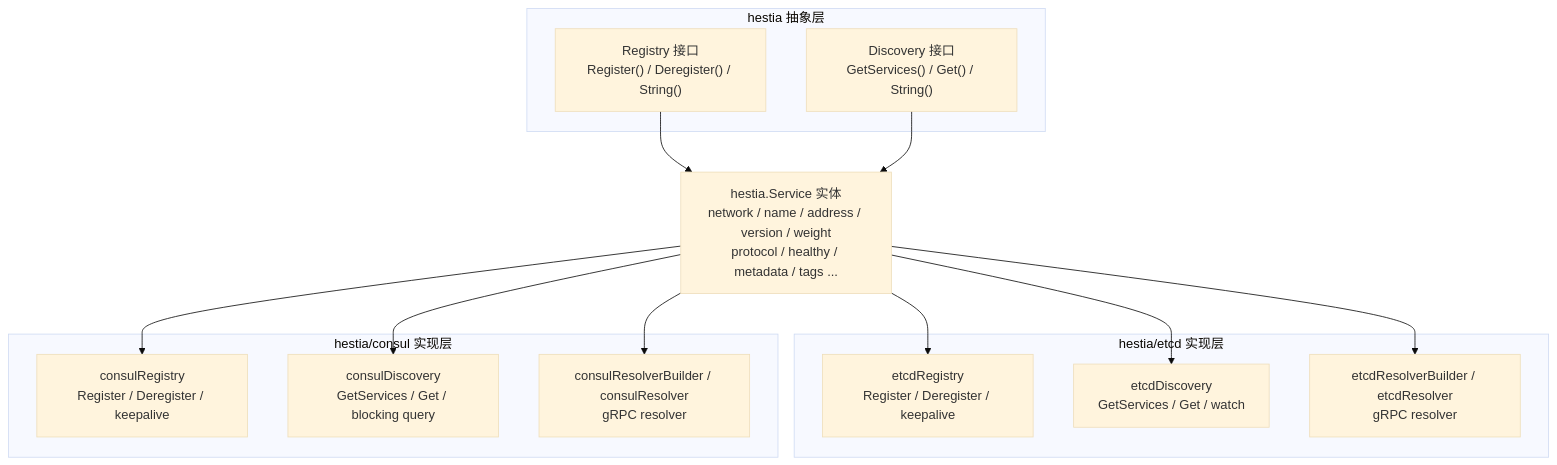
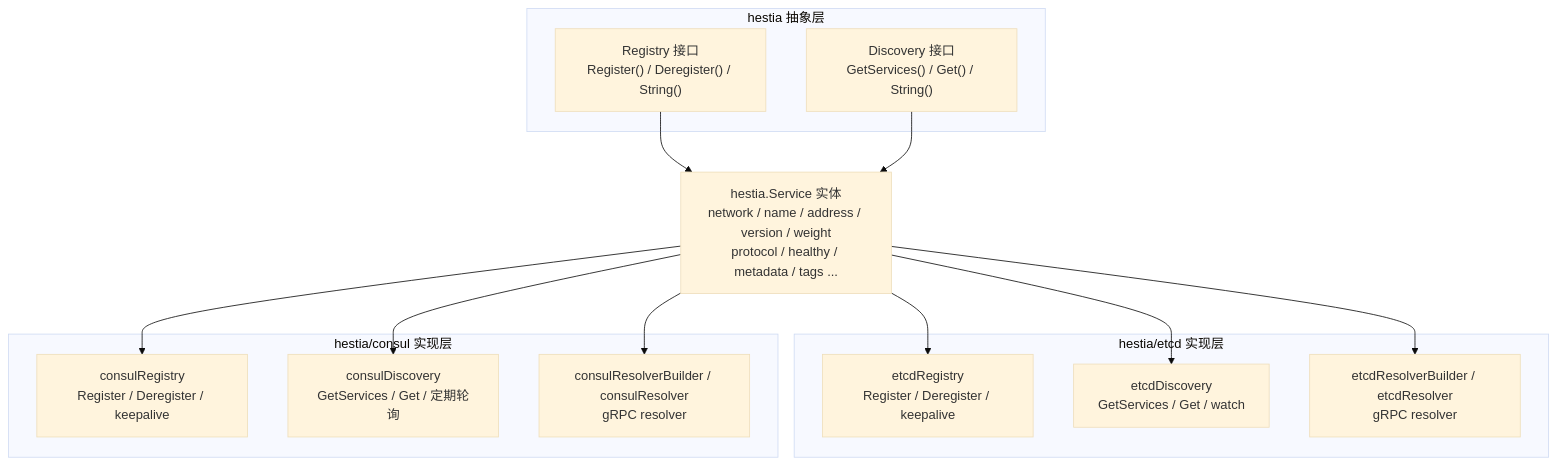
Before and after one commit to daheige/hephfx: the first of 2 diagrams in hestia/readme.md, drawn with Mermaid (base theme). The commit also changed other lines of this file and 12 other files, not shown here.

````diff
--- a/hestia/readme.md
+++ b/hestia/readme.md
@@ -40,30 +40,30 @@
 ```mermaid
 flowchart TB
     subgraph Abstract["hestia 抽象层"]
         Registry["Registry 接口\nRegister() / Deregister() / String()"]
         Discovery["Discovery 接口\nGetServices() / Get() / String()"]
     end
 
     Service["hestia.Service 实体\nnetwork / name / address / version / weight\nprotocol / healthy / metadata / tags ..."]
 
     subgraph etcdImpl["hestia/etcd 实现层"]
         etcdRegistry["etcdRegistry\nRegister / Deregister / keepalive"]
         etcdDiscovery["etcdDiscovery\nGetServices / Get / watch"]
         etcdResolver["etcdResolverBuilder / etcdResolver\ngRPC resolver"]
     end
 
     subgraph consulImpl["hestia/consul 实现层"]
         consulRegistry["consulRegistry\nRegister / Deregister / keepalive"]
-        consulDiscovery["consulDiscovery\nGetServices / Get / blocking query"]
+        consulDiscovery["consulDiscovery\nGetServices / Get / 定期轮询"]
         consulResolver["consulResolverBuilder / consulResolver\ngRPC resolver"]
     end
 
     Registry --> Service
     Discovery --> Service
     Service --> etcdRegistry
     Service --> etcdDiscovery
     Service --> etcdResolver
     Service --> consulRegistry
     Service --> consulDiscovery
     Service --> consulResolver
 ```
````
